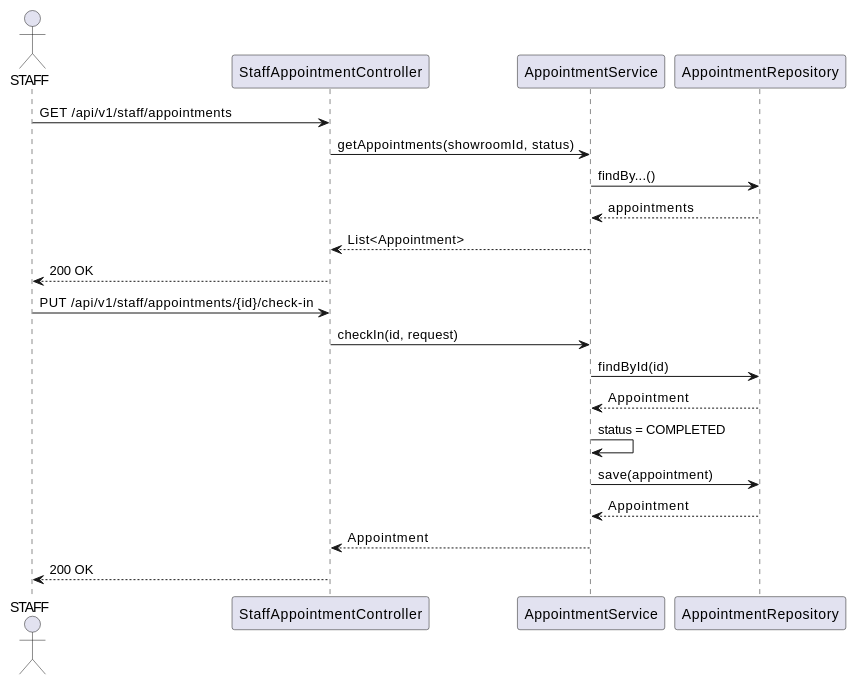
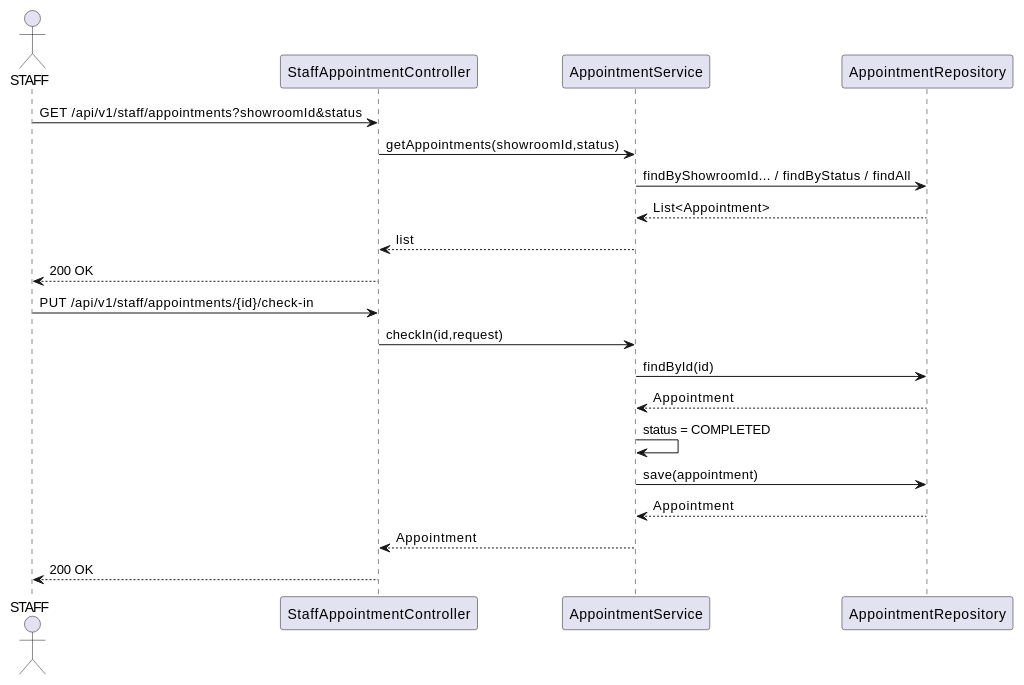
Before and after one commit to Trung-Khang/AutoTrade: the seventh of 9 diagrams in docs/UML/Sequence_Diagrams.md, drawn with PlantUML. The commit also changed other lines of this file and 9 other files, not shown here.

Commit message:
docs(TV5): cập nhật tài liệu UML, CSDL, SRS và báo cáo tiến độ TV5 - Sáng 1/10/2026

````diff
--- a/docs/UML/Sequence_Diagrams.md
+++ b/docs/UML/Sequence_Diagrams.md
@@ -159,25 +200,25 @@
 ```plantuml
 @startuml
 actor STAFF
 participant "StaffAppointmentController" as C
 participant "AppointmentService" as S
 participant "AppointmentRepository" as R
 
-STAFF -> C: GET /api/v1/staff/appointments
-C -> S: getAppointments(showroomId, status)
-S -> R: findBy...()
-R --> S: appointments
-S --> C: List<Appointment>
+STAFF -> C: GET /api/v1/staff/appointments?showroomId&status
+C -> S: getAppointments(showroomId,status)
+S -> R: findByShowroomId... / findByStatus / findAll
+R --> S: List<Appointment>
+S --> C: list
 C --> STAFF: 200 OK
 
 STAFF -> C: PUT /api/v1/staff/appointments/{id}/check-in
-C -> S: checkIn(id, request)
+C -> S: checkIn(id,request)
 S -> R: findById(id)
 R --> S: Appointment
 S -> S: status = COMPLETED
 S -> R: save(appointment)
 R --> S: Appointment
 S --> C: Appointment
 C --> STAFF: 200 OK
 @enduml
 ```
````
